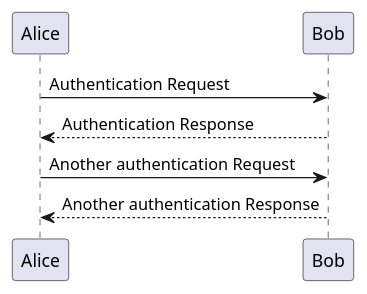
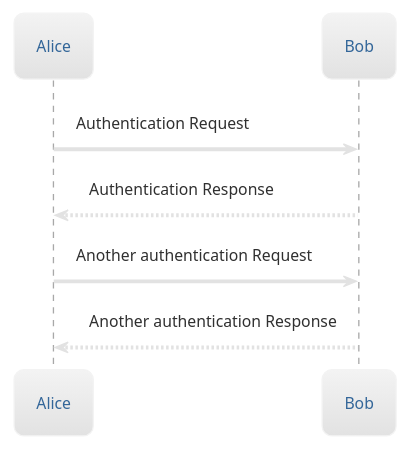
One commit to rodrikw/allthingsdocs-airspace changed the diagram in content/english/blog/b032304-asciidoctor-diagrams.adoc. Above: the diagram before and after it, drawn with PlantUML. The commit also changed other lines of this file, not shown here.

Commit message:
Changed PlantUML theme to lightgray.

```diff
--- a/content/english/blog/b032304-asciidoctor-diagrams.adoc
+++ b/content/english/blog/b032304-asciidoctor-diagrams.adoc
@@ -42,10 +43,11 @@
 [plantuml,target=diagram-classes,format=svg]
 ....
 @startuml
+!theme lightgray
 Alice -> Bob: Authentication Request
 Bob --> Alice: Authentication Response
 
 Alice -> Bob: Another authentication Request
 Alice <-- Bob: Another authentication Response
 @enduml
 ....
```
